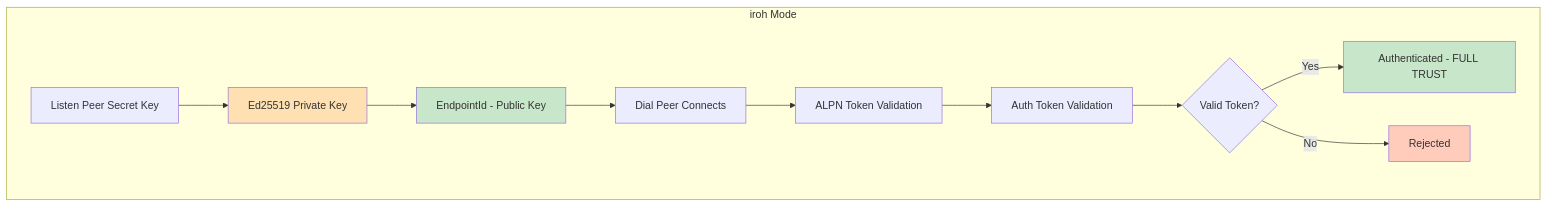
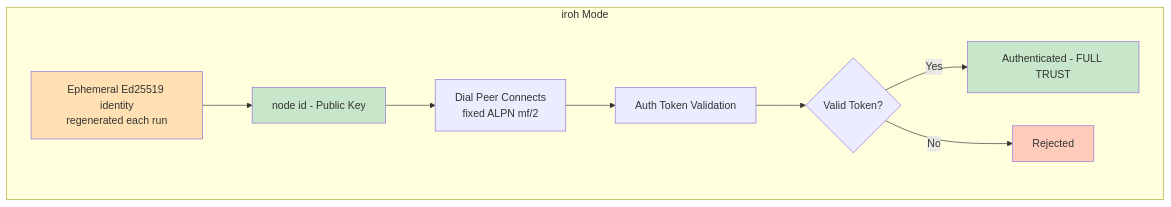
Before and after one commit to andrewtheguy/duopipe: diagram 17 of 25 in docs/ARCHITECTURE.md, drawn with Mermaid. The commit also changed other lines of this file and 14 other files, not shown here.

````diff
--- a/docs/ARCHITECTURE.md
+++ b/docs/ARCHITECTURE.md
@@ -654,18 +611,16 @@
 ```mermaid
 graph TB
     subgraph "iroh Mode"
-        A[Listen Peer Secret Key] --> B[Ed25519 Private Key]
-        B --> C[EndpointId - Public Key]
-        C --> D[Dial Peer Connects]
-        D --> D2[ALPN Token Validation]
-        D2 --> E[Auth Token Validation]
+        A[Ephemeral Ed25519 identity<br/>regenerated each run] --> C[node id - Public Key]
+        C --> D[Dial Peer Connects<br/>fixed ALPN mf/2]
+        D --> E[Auth Token Validation]
         E --> F{Valid Token?}
         F -->|Yes| G[Authenticated - FULL TRUST]
         F -->|No| H[Rejected]
     end
 
-    style B fill:#FFE0B2
+    style A fill:#FFE0B2
     style C fill:#C8E6C9
     style G fill:#C8E6C9
     style H fill:#FFCCBC
 ```
````
